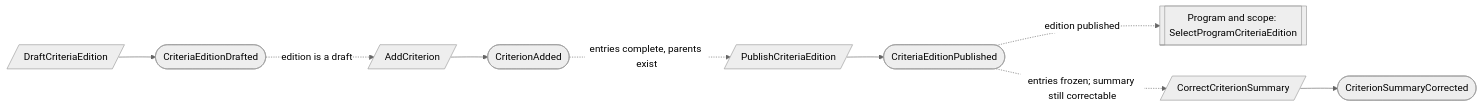
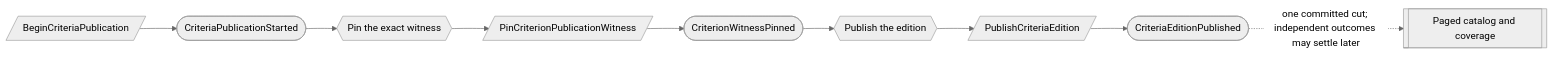
The third of 6 diagrams in docs/proposed/contexts/criteria.md (bdgrz/compliance-core), drawn with Mermaid (neutral theme) before and after one commit. The commit also changed other lines of this file and 1812 other files, not shown here.

````diff
--- a/docs/proposed/contexts/criteria.md
+++ b/docs/proposed/contexts/criteria.md
@@ -174,8 +436,9 @@
 ```mermaid
 flowchart LR
-    C1[/DraftCriteriaEdition/] --> E1([CriteriaEditionDrafted])
-    E1 -. "edition is a draft" .-> C2[/AddCriterion/] --> E2([CriterionAdded])
-    E2 -. "entries complete, parents exist" .-> C3[/PublishCriteriaEdition/] --> E3([CriteriaEditionPublished])
-    E3 -. "edition published" .-> X1[[Program and scope: SelectProgramCriteriaEdition]]
-    E3 -. "entries frozen; summary still correctable" .-> C4[/CorrectCriterionSummary/] --> E4([CriterionSummaryCorrected])
+    C1[/BeginCriteriaPublication/] --> E1([CriteriaPublicationStarted])
+    E1 --> R1{{Pin the exact witness}} --> C2[/PinCriterionPublicationWitness/]
+    C2 --> E2([CriterionWitnessPinned])
+    E2 --> R2{{Publish the edition}} --> C3[/PublishCriteriaEdition/]
+    C3 --> E3([CriteriaEditionPublished])
+    E3 -. "one committed cut; independent outcomes may settle later" .-> R3[[Paged catalog and coverage]]
 ```
````
